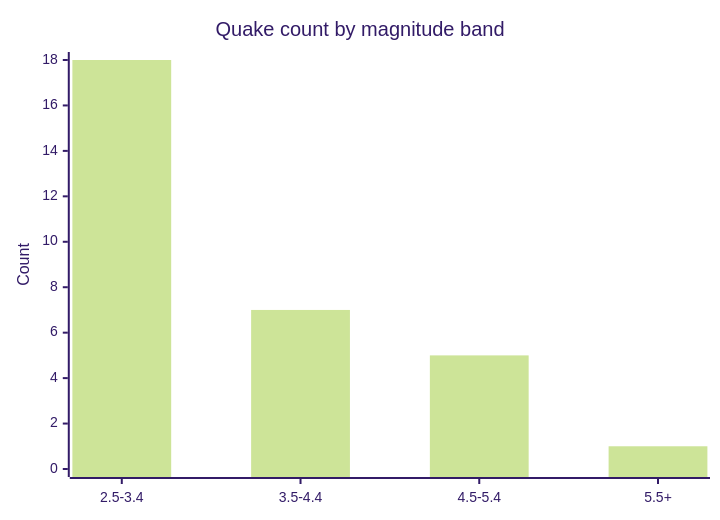
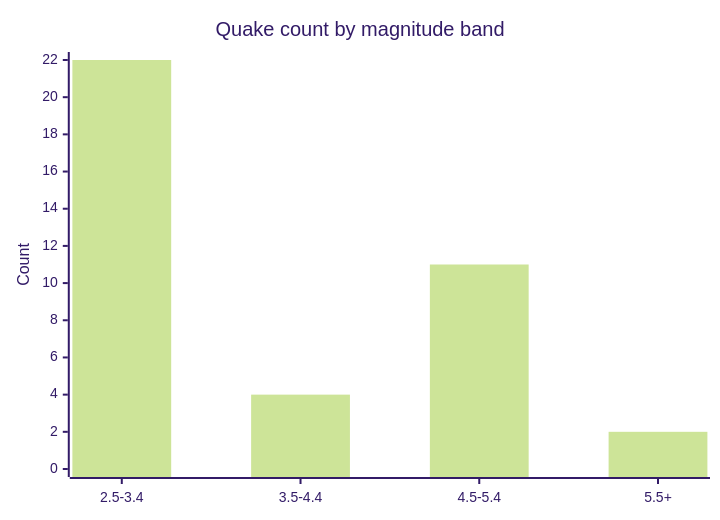
Before and after one commit to Midwest-Stratospheric/aerostratospheric-defense-gir: the fifth of 6 diagrams in docs/GRAPHS.md, drawn with Mermaid (forest theme). The commit also changed other lines of this file and 24 other files, not shown here.

````diff
--- a/docs/GRAPHS.md
+++ b/docs/GRAPHS.md
@@ -82,7 +82,7 @@
 ```mermaid
 xychart-beta
   title "Quake count by magnitude band"
   x-axis ["2.5-3.4", "3.5-4.4", "4.5-5.4", "5.5+"]
-  y-axis "Count" 0 --> 18
-  bar [18, 7, 5, 1]
+  y-axis "Count" 0 --> 22
+  bar [22, 4, 11, 2]
 ```
````
